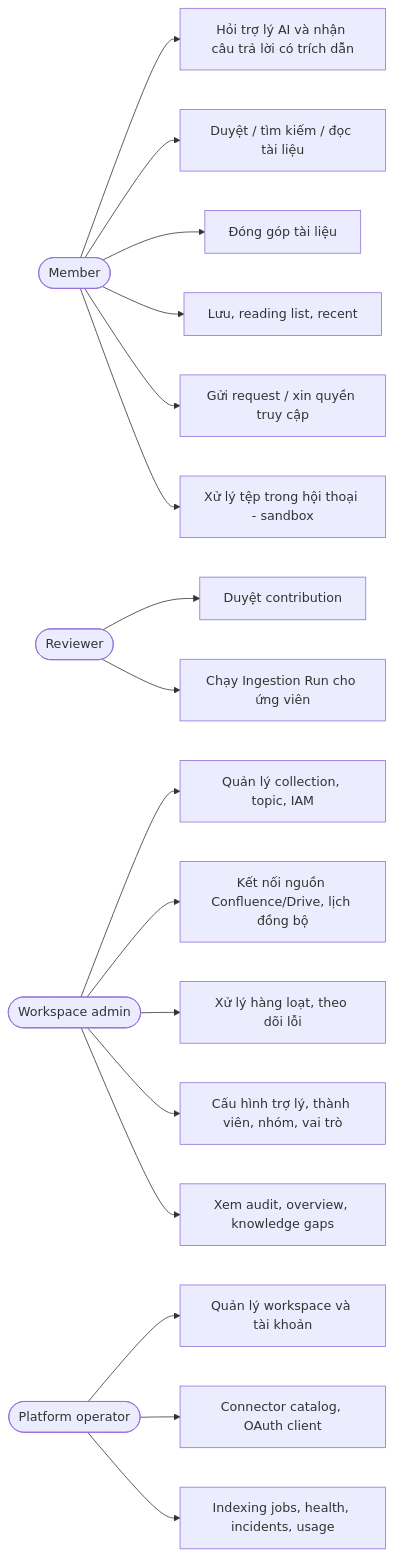
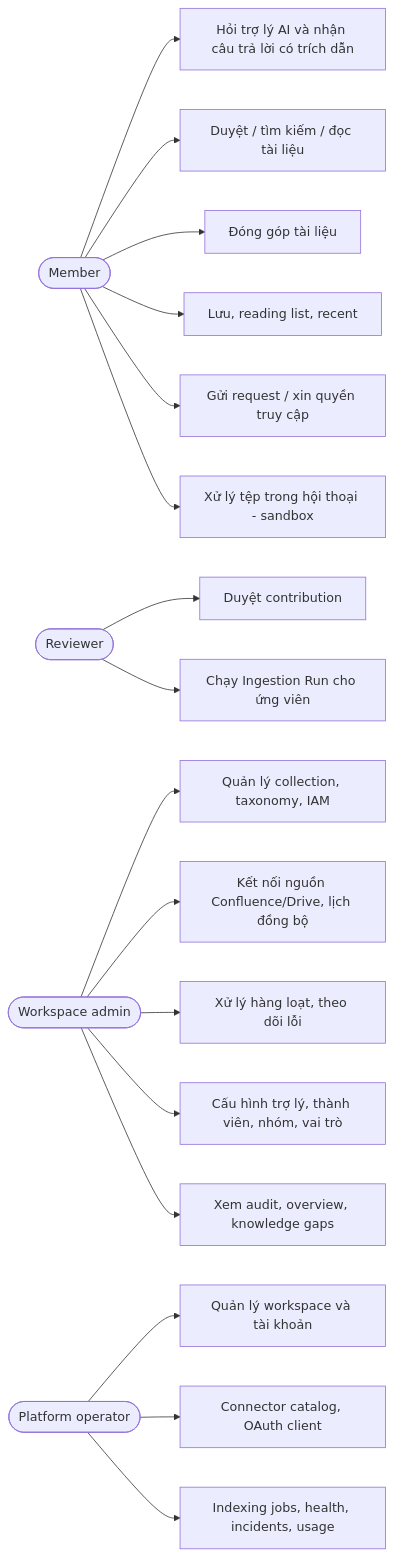
One commit to NguyenDuy1910/BoMesh changed the first of 25 diagrams in BAO_CAO_BOMESH.md. Above: the diagram before and after it, drawn with Mermaid. The commit also changed other lines of this file and 391 other files, not shown here.

````diff
--- a/BAO_CAO_BOMESH.md
+++ b/BAO_CAO_BOMESH.md
@@ -167,19 +167,19 @@
 ```mermaid
 flowchart LR
     M([Member]) --> UC1[Hỏi trợ lý AI và nhận câu trả lời có trích dẫn]
     M --> UC2[Duyệt / tìm kiếm / đọc tài liệu]
     M --> UC3[Đóng góp tài liệu]
     M --> UC4[Lưu, reading list, recent]
     M --> UC5[Gửi request / xin quyền truy cập]
     M --> UC6[Xử lý tệp trong hội thoại - sandbox]
     R([Reviewer]) --> UC7[Duyệt contribution]
     R --> UC8[Chạy Ingestion Run cho ứng viên]
-    A([Workspace admin]) --> UC9[Quản lý collection, topic, IAM]
+    A([Workspace admin]) --> UC9[Quản lý collection, taxonomy, IAM]
     A --> UC10[Kết nối nguồn Confluence/Drive, lịch đồng bộ]
     A --> UC11[Xử lý hàng loạt, theo dõi lỗi]
     A --> UC12[Cấu hình trợ lý, thành viên, nhóm, vai trò]
     A --> UC13[Xem audit, overview, knowledge gaps]
     P([Platform operator]) --> UC14[Quản lý workspace và tài khoản]
     P --> UC15[Connector catalog, OAuth client]
     P --> UC16[Indexing jobs, health, incidents, usage]
 ```
````
